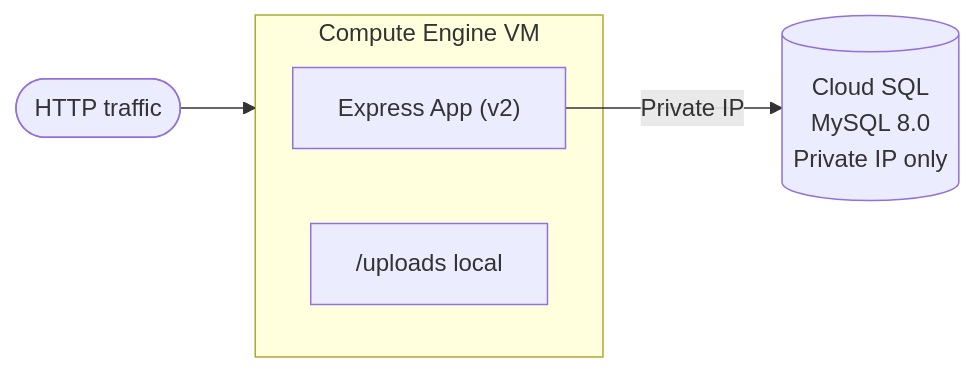
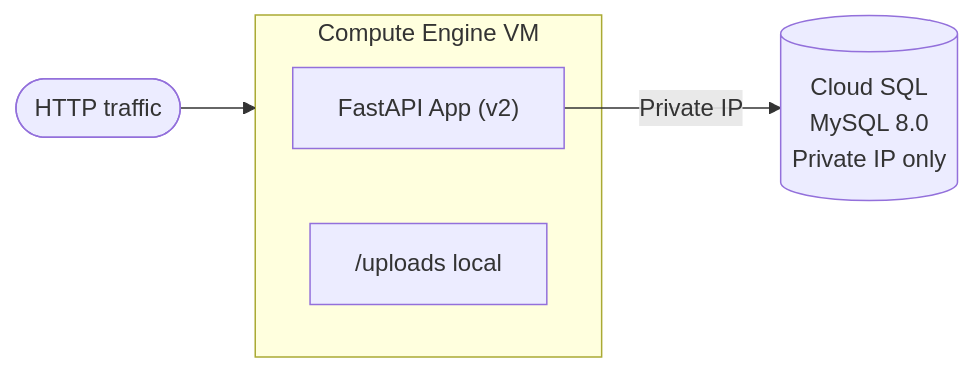
One commit to ulises-jimenez07/cc-gcp changed the diagram in web_app_gcp/phase1_monolith/02_decoupling_database.md. Above: the diagram before and after it, drawn with Mermaid. The commit also changed other lines of this file and 37 other files, not shown here.

Commit message:
refactor: update to fast api app

````diff
--- a/web_app_gcp/phase1_monolith/02_decoupling_database.md
+++ b/web_app_gcp/phase1_monolith/02_decoupling_database.md
@@ -7,9 +7,9 @@
 ```mermaid
 graph LR
     Client([HTTP traffic]) --> VM
     subgraph VM[Compute Engine VM]
-        App["Express App (v2)"]
+        App["FastAPI App (v2)"]
         Disk["/uploads local"]
     end
     App -- Private IP --> SQL[("Cloud SQL\nMySQL 8.0\nPrivate IP only")]
 ```
````
